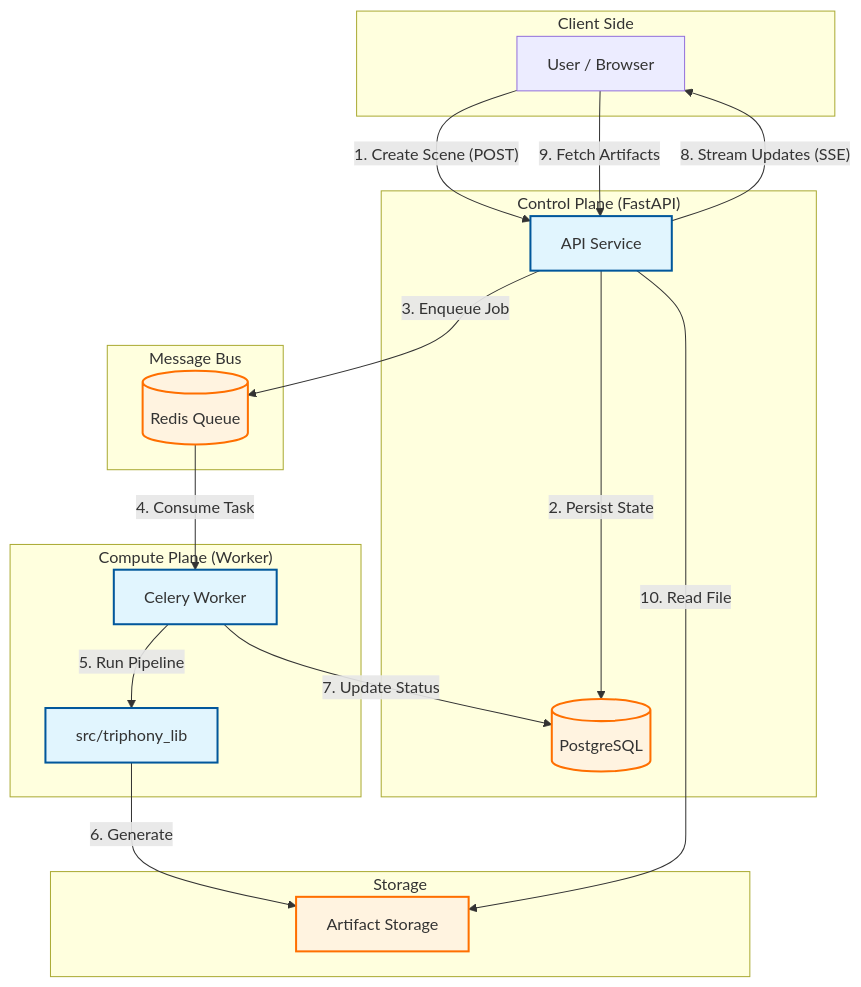
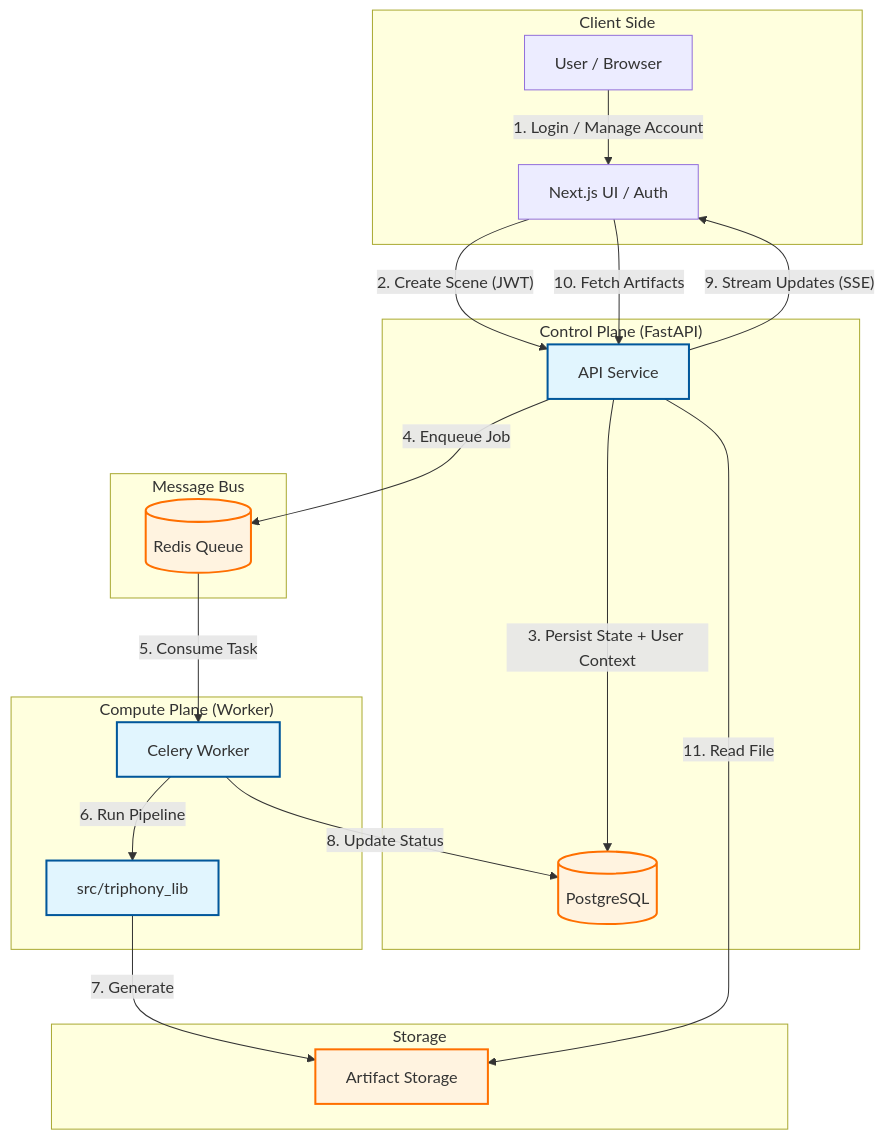
The diagram in README.md (jordansegoviagonzalez/triphony-ai), drawn with Mermaid before and after one commit. The commit also changed 7 other files, not shown here.

Commit message:
feat: implement real backend auth, jwt, and updated architecture diagrams

````diff
--- a/README.md
+++ b/README.md
@@ -18,45 +18,47 @@
 ```mermaid
 graph TD
     subgraph "Client Side"
         Browser[User / Browser]
+        NextJS[Next.js UI / Auth]
     end
 
     subgraph "Control Plane (FastAPI)"
         API[API Service]
         DB[(PostgreSQL)]
     end
 
     subgraph "Message Bus"
         Redis[(Redis Queue)]
     end
 
     subgraph "Compute Plane (Worker)"
         Worker[Celery Worker]
         Lib[src/triphony_lib]
     end
 
     subgraph "Storage"
         FS[Artifact Storage]
     end
 
     %% Flows
-    Browser -- "1. Create Scene (POST)" --> API
-    API -- "2. Persist State" --> DB
-    API -- "3. Enqueue Job" --> Redis
+    Browser -- "1. Login / Manage Account" --> NextJS
+    NextJS -- "2. Create Scene (JWT)" --> API
+    API -- "3. Persist State + User Context" --> DB
+    API -- "4. Enqueue Job" --> Redis
     
-    Redis -- "4. Consume Task" --> Worker
-    Worker -- "5. Run Pipeline" --> Lib
-    Lib -- "6. Generate" --> FS
+    Redis -- "5. Consume Task" --> Worker
+    Worker -- "6. Run Pipeline" --> Lib
+    Lib -- "7. Generate" --> FS
     
-    Worker -- "7. Update Status" --> DB
+    Worker -- "8. Update Status" --> DB
     
-    API -- "8. Stream Updates (SSE)" --> Browser
-    Browser -- "9. Fetch Artifacts" --> API
-    API -- "10. Read File" --> FS
+    API -- "9. Stream Updates (SSE)" --> NextJS
+    NextJS -- "10. Fetch Artifacts" --> API
+    API -- "11. Read File" --> FS
 
     classDef plane fill:#e1f5fe,stroke:#01579b,stroke-width:2px;
     classDef storage fill:#fff3e0,stroke:#ff6f00,stroke-width:2px;
     
     class API,Worker,Lib plane;
     class DB,Redis,FS storage;
 ```
````
